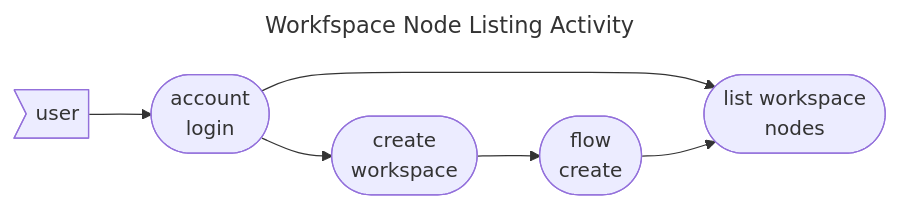
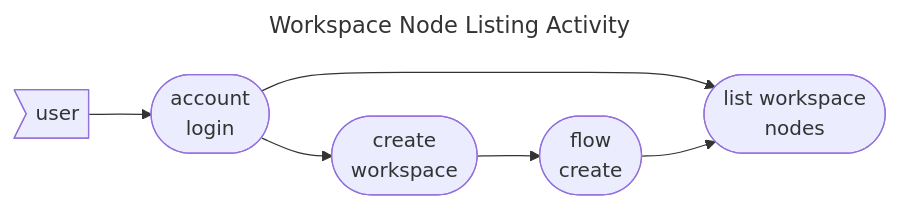
Before and after one commit to GenAIz/sdk: the fourth of 5 diagrams in acceptance-tests/docs/workspace/index.md, drawn with Mermaid. The commit also changed other lines of this file and 45 other files, not shown here.

First line of the commit message:
Fixes #223 - add workspace flow node datasource command (#315)

````diff
--- a/acceptance-tests/docs/workspace/index.md
+++ b/acceptance-tests/docs/workspace/index.md
@@ -80,11 +81,11 @@
 ```mermaid
 ---
-title: Workfspace Node Listing Activity
+title: Workspace Node Listing Activity
 ---
 flowchart LR
-    use>user] --> login([account<br>login])
+    user>user] --> login([account<br>login])
     login --> nodeList([list workspace<br>nodes])
     login --> wsCreate([create<br>workspace])
     wsCreate --> flowCreate([flow<br>create])
     flowCreate --> nodeList
 ```
````
